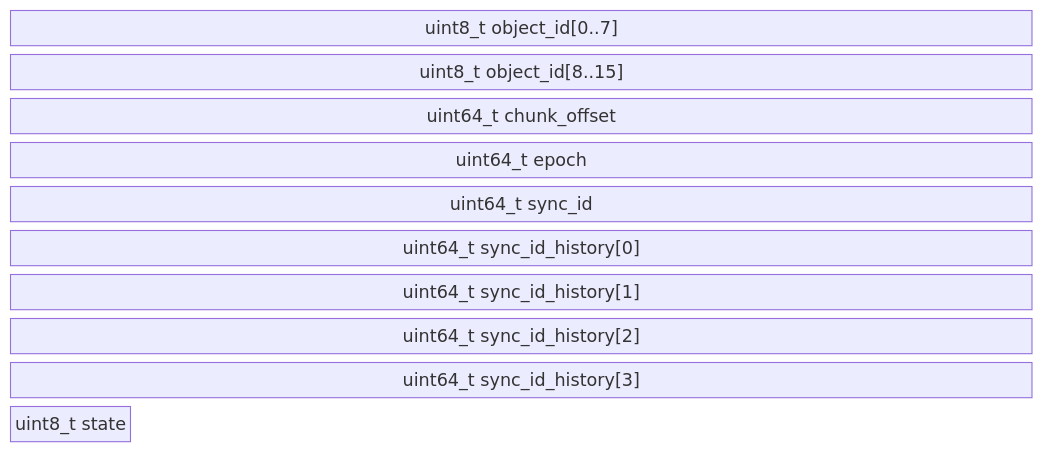
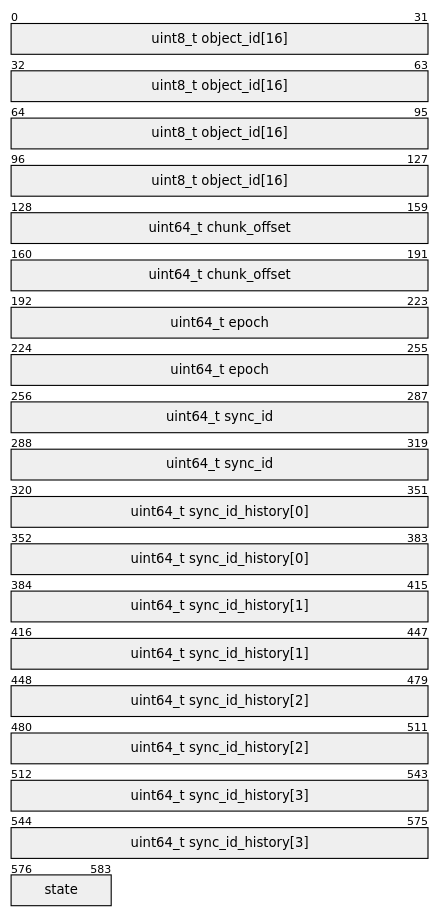
Before and after one commit to rawstor/librawstor: the sixth of 16 diagrams in docs/protocol.md, drawn with Mermaid. The commit also changed other lines of this file, not shown here.

First line of the commit message:
docs(protocol): vertical packet diagrams, height proportional to size

````diff
--- a/docs/protocol.md
+++ b/docs/protocol.md
@@ -146,14 +183,19 @@
 ```mermaid
-block-beta
-  columns 8
-  id1["uint8_t object_id[0..7]"]:8
-  id2["uint8_t object_id[8..15]"]:8
-  off["uint64_t chunk_offset"]:8
-  epoch["uint64_t epoch"]:8
-  sync["uint64_t sync_id"]:8
-  h0["uint64_t sync_id_history[0]"]:8
-  h1["uint64_t sync_id_history[1]"]:8
-  h2["uint64_t sync_id_history[2]"]:8
-  h3["uint64_t sync_id_history[3]"]:8
-  state["uint8_t state"]:1 space:7
+---
+config:
+  packet:
+    bitsPerRow: 32
+    bitWidth: 12
+    rowHeight: 28
+---
+packet-beta
+  0-127: "uint8_t object_id[16]"
+  128-191: "uint64_t chunk_offset"
+  192-255: "uint64_t epoch"
+  256-319: "uint64_t sync_id"
+  320-383: "uint64_t sync_id_history[0]"
+  384-447: "uint64_t sync_id_history[1]"
+  448-511: "uint64_t sync_id_history[2]"
+  512-575: "uint64_t sync_id_history[3]"
+  576-583: "state"
 ```
````
